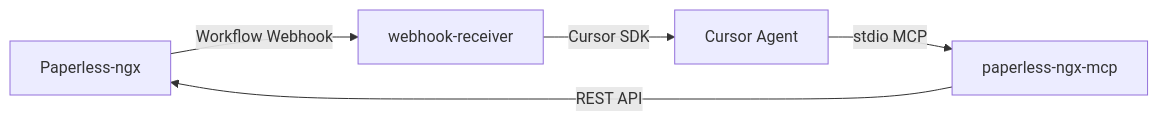
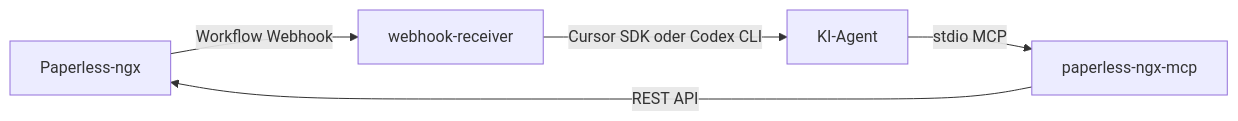
One commit to boexler/paperless-ai-tagger changed the first of 3 diagrams in README.md. Above: the diagram before and after it, drawn with Mermaid. The commit also changed other lines of this file and 16 other files, not shown here.

First line of the commit message:
feat(webhook-receiver): add Codex CLI provider switch

````diff
--- a/README.md
+++ b/README.md
@@ -9,7 +9,7 @@
 ```mermaid
 flowchart LR
     P[Paperless-ngx] -->|Workflow Webhook| W[webhook-receiver]
-    W -->|Cursor SDK| A[Cursor Agent]
+    W -->|Cursor SDK oder Codex CLI| A[KI-Agent]
     A -->|stdio MCP| M[paperless-ngx-mcp]
     M -->|REST API| P
 ```
````
